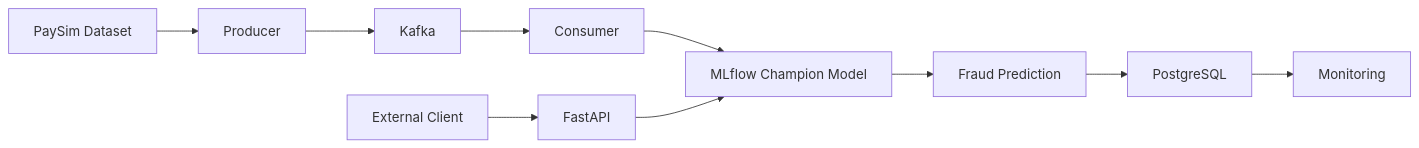
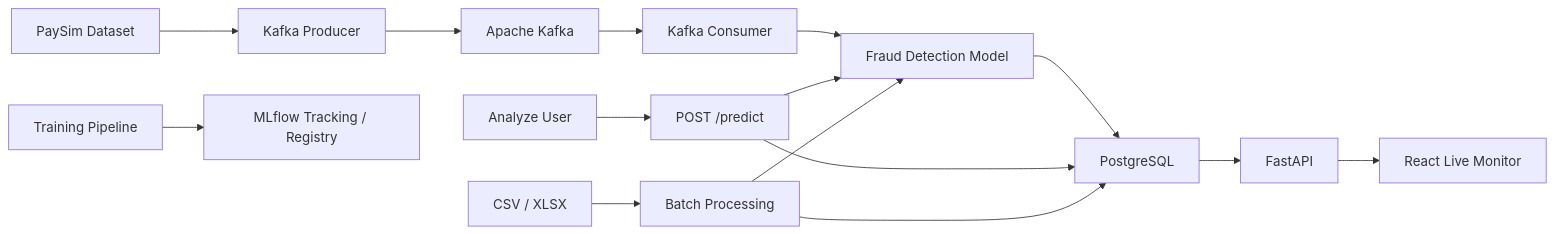
The diagram in README.md (kowchunxiang/fraud-mlops-platform), drawn with Mermaid before and after one commit. The commit also changed other lines of this file and 9 other files, not shown here.

````diff
--- a/README.md
+++ b/README.md
@@ -7,13 +7,20 @@
 ```mermaid
 flowchart LR
-    A[PaySim Dataset] --> B[Producer]
-    B --> C[Kafka]
-    C --> D[Consumer]
-    D --> E[MLflow Champion Model]
-    E --> F[Fraud Prediction]
-    F --> G[PostgreSQL]
-    G --> H[Monitoring]
+    A[PaySim Dataset] --> B[Kafka Producer]
+    B --> C[Apache Kafka]
+    C --> D[Kafka Consumer]
+    D --> E[Fraud Detection Model]
+    E --> F[PostgreSQL]
+    F --> G[FastAPI]
+    G --> H[React Live Monitor]
 
-    I[External Client] --> J[FastAPI]
+    I[Analyze User] --> J[POST /predict]
     J --> E
+    J --> F
+
+    K[CSV / XLSX] --> L[Batch Processing]
+    L --> E
+    L --> F
+
+    M[Training Pipeline] --> N[MLflow Tracking / Registry]
 ```
````
